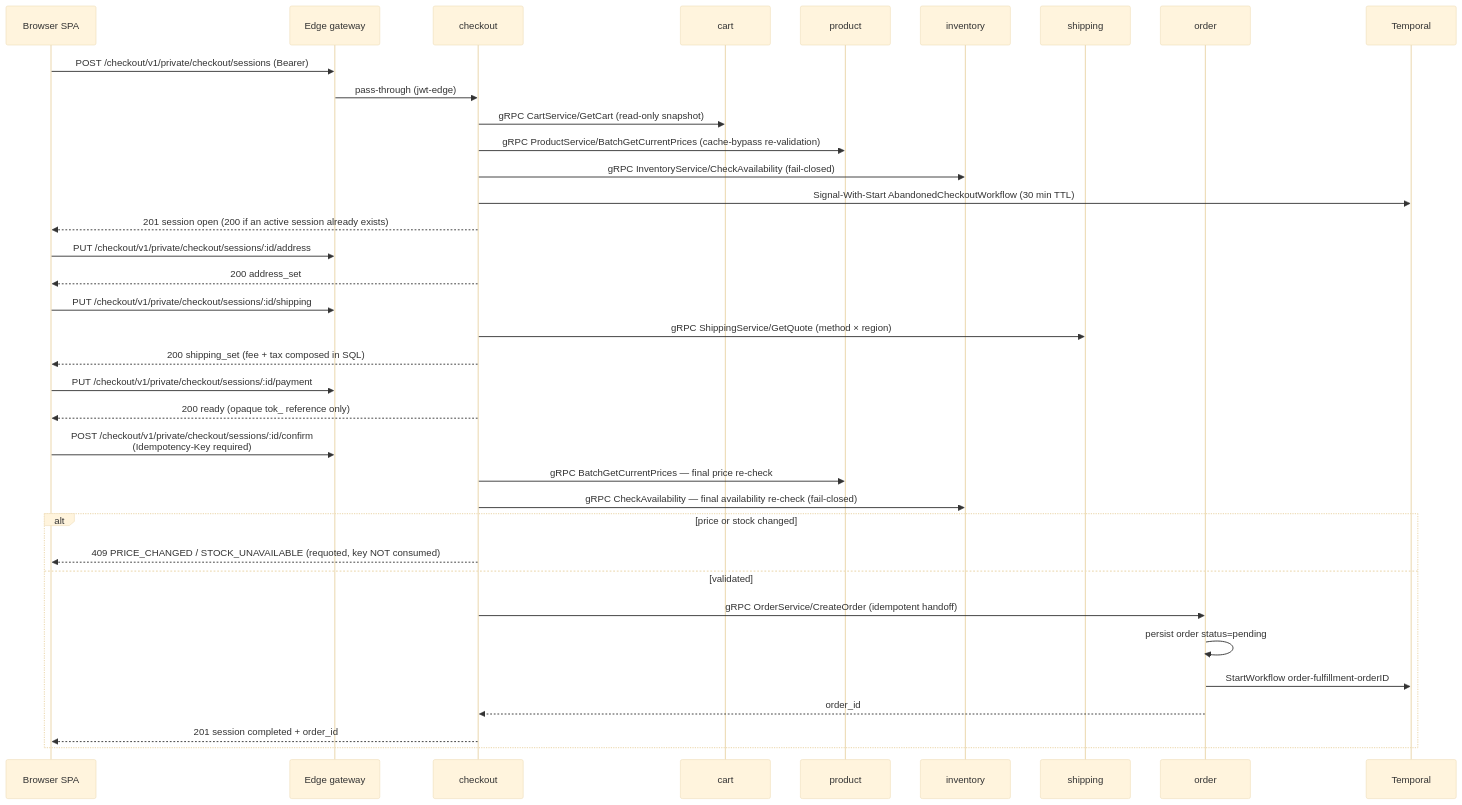
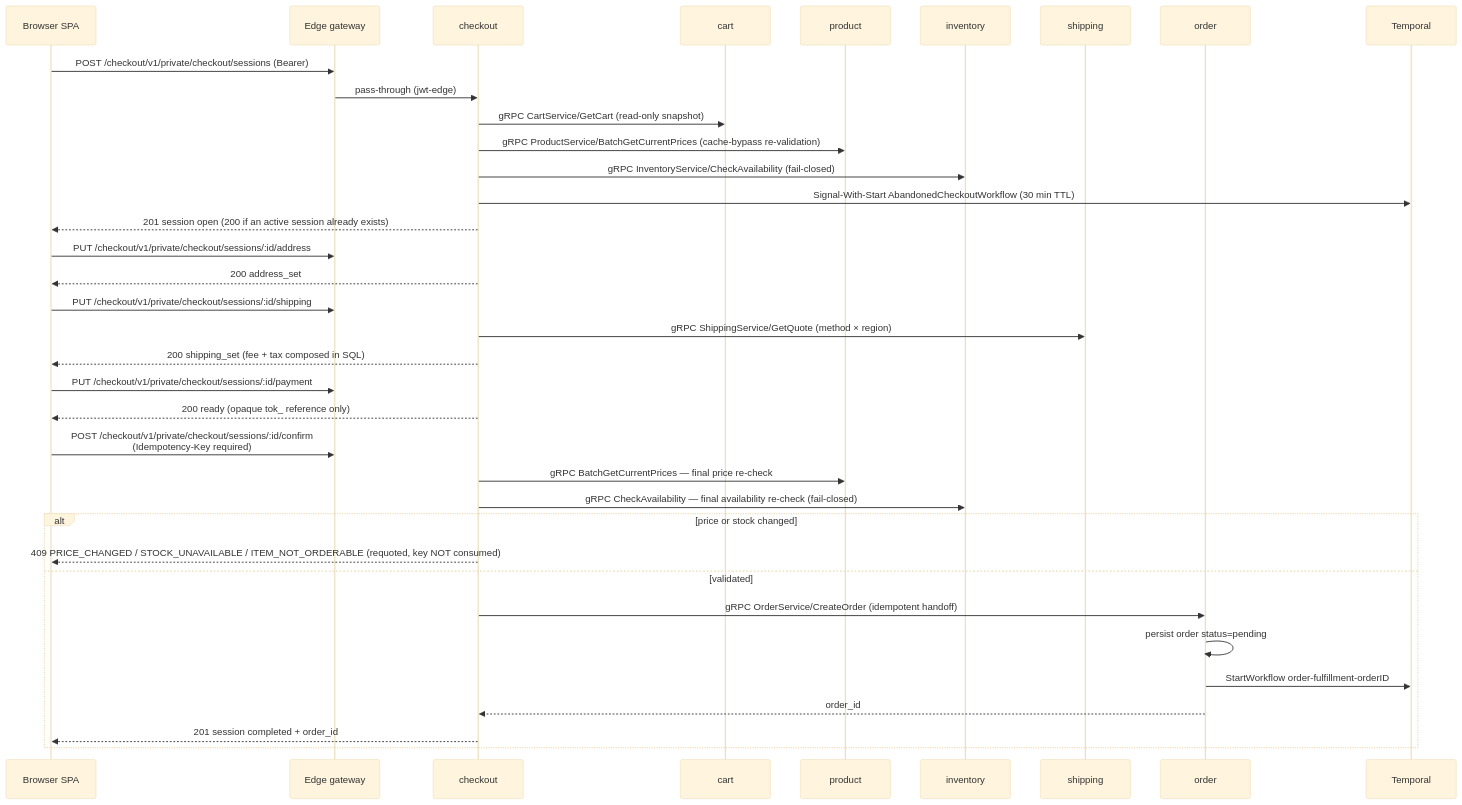
The eighth of 10 diagrams in docs/api/api.md (duynhlab/homelab), drawn with Mermaid (base theme) before and after one commit. The commit also changed other lines of this file and 6 other files, not shown here.

````diff
--- a/docs/api/api.md
+++ b/docs/api/api.md
@@ -588,41 +588,41 @@
 ```mermaid
 sequenceDiagram
     participant SPA as Browser SPA
     participant Edge as Edge gateway
     participant CK as checkout
     participant Cart as cart
     participant Prod as product
     participant Inv as inventory
     participant Ship as shipping
     participant Ord as order
     participant TMP as Temporal
 
     SPA->>Edge: POST /checkout/v1/private/checkout/sessions (Bearer)
     Edge->>CK: pass-through (jwt-edge)
     CK->>Cart: gRPC CartService/GetCart (read-only snapshot)
     CK->>Prod: gRPC ProductService/BatchGetCurrentPrices (cache-bypass re-validation)
     CK->>Inv: gRPC InventoryService/CheckAvailability (fail-closed)
     CK->>TMP: Signal-With-Start AbandonedCheckoutWorkflow (30 min TTL)
     CK-->>SPA: 201 session open (200 if an active session already exists)
 
     SPA->>Edge: PUT /checkout/v1/private/checkout/sessions/:id/address
     CK-->>SPA: 200 address_set
     SPA->>Edge: PUT /checkout/v1/private/checkout/sessions/:id/shipping
     CK->>Ship: gRPC ShippingService/GetQuote (method × region)
     CK-->>SPA: 200 shipping_set (fee + tax composed in SQL)
     SPA->>Edge: PUT /checkout/v1/private/checkout/sessions/:id/payment
     CK-->>SPA: 200 ready (opaque tok_ reference only)
 
     SPA->>Edge: POST /checkout/v1/private/checkout/sessions/:id/confirm<br/>(Idempotency-Key required)
     CK->>Prod: gRPC BatchGetCurrentPrices — final price re-check
     CK->>Inv: gRPC CheckAvailability — final availability re-check (fail-closed)
     alt price or stock changed
-        CK-->>SPA: 409 PRICE_CHANGED / STOCK_UNAVAILABLE (requoted, key NOT consumed)
+        CK-->>SPA: 409 PRICE_CHANGED / STOCK_UNAVAILABLE / ITEM_NOT_ORDERABLE (requoted, key NOT consumed)
     else validated
         CK->>Ord: gRPC OrderService/CreateOrder (idempotent handoff)
         Ord->>Ord: persist order status=pending
         Ord->>TMP: StartWorkflow order-fulfillment-orderID
         Ord-->>CK: order_id
         CK-->>SPA: 201 session completed + order_id
     end
 ```
````
